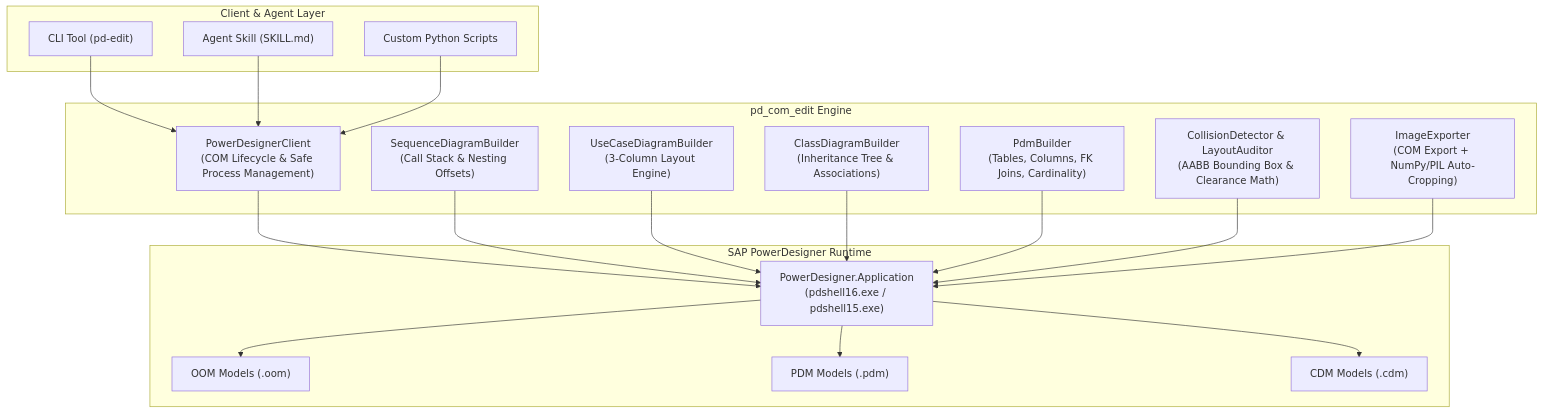
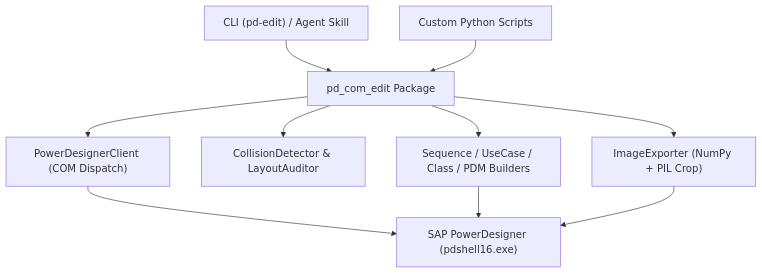
Before and after one commit to NekoCCN/powerdesigner-com-edit: the diagram in README.md, drawn with Mermaid. The commit also changed other lines of this file and 4 other files, not shown here.

````diff
--- a/README.md
+++ b/README.md
@@ -29,41 +29,14 @@
 ```mermaid
 flowchart TD
-    subgraph ClientLayer["Client & Agent Layer"]
-        CLI["CLI Tool (pd-edit)"]
-        Skill["Agent Skill (SKILL.md)"]
-        PyCode["Custom Python Scripts"]
-    end
+    CLI["CLI (pd-edit) / Agent Skill"] --> Core["pd_com_edit Package"]
+    Script["Custom Python Scripts"] --> Core
 
-    subgraph CoreEngine["pd_com_edit Engine"]
-        Client["PowerDesignerClient\n(COM Lifecycle & Safe Process Management)"]
-        Collision["CollisionDetector & LayoutAuditor\n(AABB Bounding Box & Clearance Math)"]
-        SeqEngine["SequenceDiagramBuilder\n(Call Stack & Nesting Offsets)"]
-        UsecaseEngine["UseCaseDiagramBuilder\n(3-Column Layout Engine)"]
-        ClassEngine["ClassDiagramBuilder\n(Inheritance Tree & Associations)"]
-        PdmEngine["PdmBuilder\n(Tables, Columns, FK Joins, Cardinality)"]
-        ExportEngine["ImageExporter\n(COM Export + NumPy/PIL Auto-Cropping)"]
-    end
+    Core --> Client["PowerDesignerClient (COM Dispatch)"]
+    Core --> Collision["CollisionDetector & LayoutAuditor"]
+    Core --> Builders["Sequence / UseCase / Class / PDM Builders"]
+    Core --> Exporter["ImageExporter (NumPy + PIL Crop)"]
 
-    subgraph PowerDesigner["SAP PowerDesigner Runtime"]
-        PDApp["PowerDesigner.Application\n(pdshell16.exe / pdshell15.exe)"]
-        OOM["OOM Models (.oom)"]
-        PDM["PDM Models (.pdm)"]
-        CDM["CDM Models (.cdm)"]
-    end
-
-    CLI --> Client
-    Skill --> Client
-    PyCode --> Client
-
-    Client --> PDApp
-    SeqEngine --> PDApp
-    UsecaseEngine --> PDApp
-    ClassEngine --> PDApp
-    PdmEngine --> PDApp
-    Collision --> PDApp
-    ExportEngine --> PDApp
-
-    PDApp --> OOM
-    PDApp --> PDM
-    PDApp --> CDM
+    Client --> PD["SAP PowerDesigner (pdshell16.exe)"]
+    Builders --> PD
+    Exporter --> PD
 ```
````
